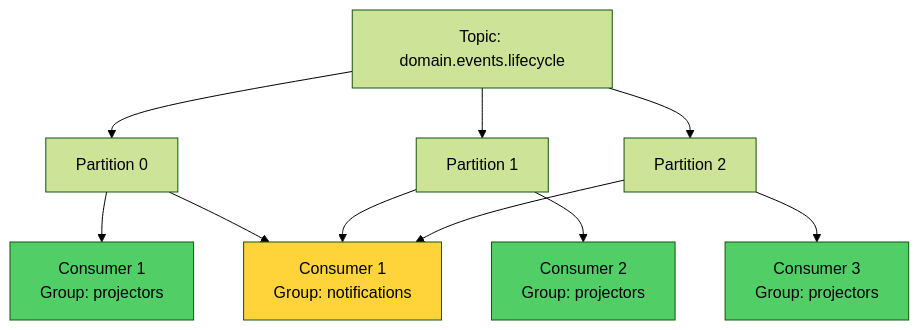
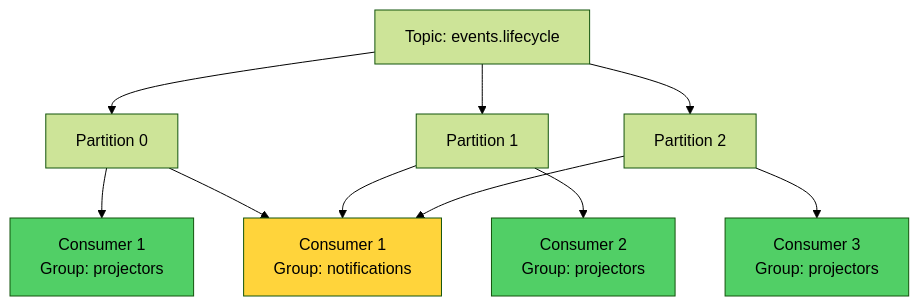
Before and after one commit to luksus-pfsw/nuxt-learn: diagram 12 of 15 in ARCHITEKTURA_SZCZEGOLOWA.md, drawn with Mermaid (forest theme). The commit also changed other lines of this file and 10 other files, not shown here.

````diff
--- a/ARCHITEKTURA_SZCZEGOLOWA.md
+++ b/ARCHITEKTURA_SZCZEGOLOWA.md
@@ -2077,19 +2179,19 @@
 ```mermaid
 graph TD
-    A[Topic: domain.events.lifecycle] --> B[Partition 0]
+    A[Topic: events.lifecycle] --> B[Partition 0]
     A --> C[Partition 1]
     A --> D[Partition 2]
     
     B --> E[Consumer 1<br/>Group: projectors]
     C --> F[Consumer 2<br/>Group: projectors]
     D --> G[Consumer 3<br/>Group: projectors]
     
     B --> H[Consumer 1<br/>Group: notifications]
     C --> H
     D --> H
     
     style E fill:#51cf66
     style F fill:#51cf66
     style G fill:#51cf66
     style H fill:#ffd43b
 ```
````
